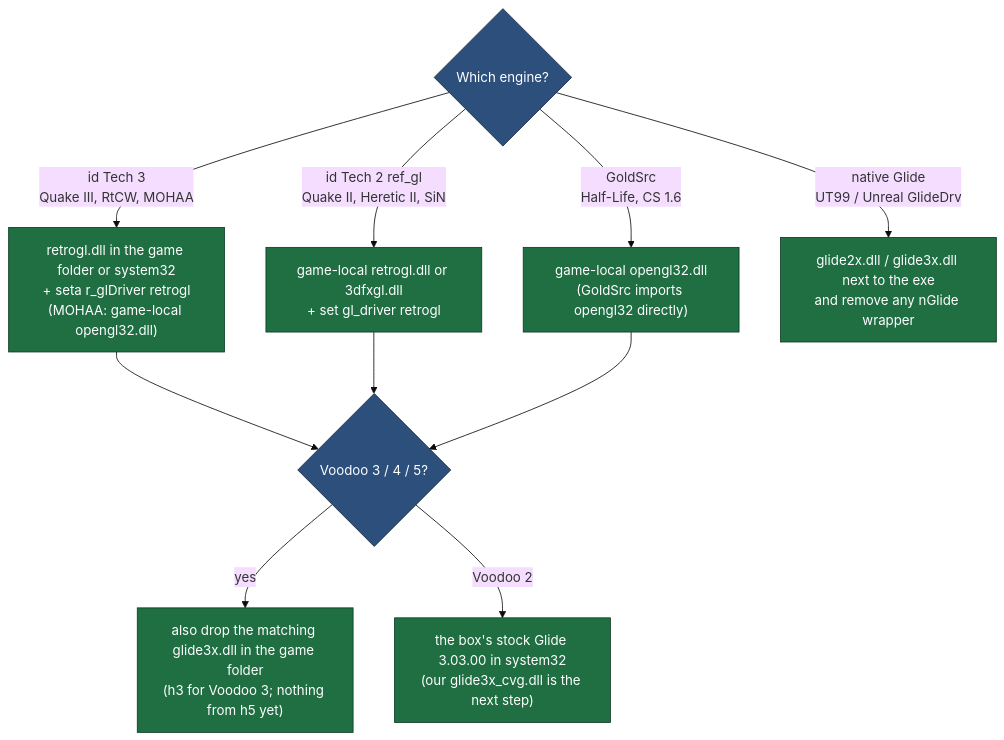
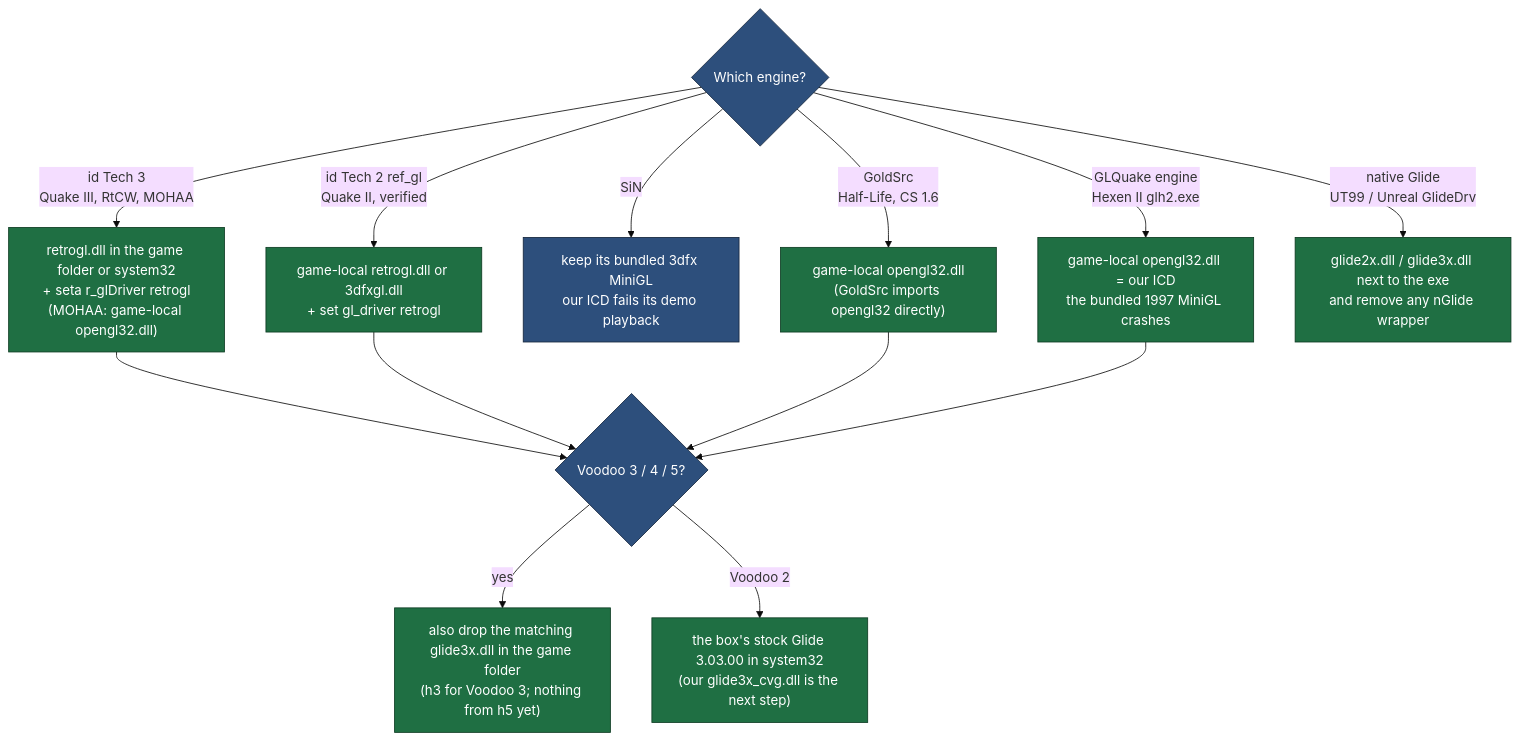
Before and after one commit to voidsstr/retro-agent: the seventh of 14 diagrams in voodoo-cleanroom/README.md, drawn with Mermaid (base theme). The commit also changed other lines of this file and 7 other files, not shown here.

````diff
--- a/voodoo-cleanroom/README.md
+++ b/voodoo-cleanroom/README.md
@@ -752,14 +826,16 @@
 ```mermaid
 flowchart TD
     classDef q fill:#2d4f7c,stroke:#16273e,color:#ffffff
     classDef a fill:#1f6f43,stroke:#0d3b22,color:#ffffff
 
     S{"Which engine?"}:::q
     S -->|"id Tech 3<br/>Quake III, RtCW, MOHAA"| T3["retrogl.dll in the game folder or system32<br/>+ seta r_glDriver retrogl<br/>(MOHAA: game-local opengl32.dll)"]:::a
-    S -->|"id Tech 2 ref_gl<br/>Quake II, Heretic II, SiN"| T2["game-local retrogl.dll or 3dfxgl.dll<br/>+ set gl_driver retrogl"]:::a
+    S -->|"id Tech 2 ref_gl<br/>Quake II, verified"| T2["game-local retrogl.dll or 3dfxgl.dll<br/>+ set gl_driver retrogl"]:::a
+    S -->|"SiN"| SIN["keep its bundled 3dfx MiniGL<br/>our ICD fails its demo playback"]:::q
+    S -->|"GLQuake engine<br/>Hexen II glh2.exe"| HX["game-local opengl32.dll = our ICD<br/>the bundled 1997 MiniGL crashes"]:::a
     S -->|"GoldSrc<br/>Half-Life, CS 1.6"| GS["game-local opengl32.dll<br/>(GoldSrc imports opengl32 directly)"]:::a
     S -->|"native Glide<br/>UT99 / Unreal GlideDrv"| GL["glide2x.dll / glide3x.dll next to the exe<br/>and remove any nGlide wrapper"]:::a
-    T3 & T2 & GS --> G{"Voodoo 3 / 4 / 5?"}:::q
+    T3 & T2 & GS & HX --> G{"Voodoo 3 / 4 / 5?"}:::q
     G -->|"yes"| GG["also drop the matching glide3x.dll in the game folder<br/>(h3 for Voodoo 3; nothing from h5 yet)"]:::a
     G -->|"Voodoo 2"| V2["the box's stock Glide 3.03.00 in system32<br/>(our glide3x_cvg.dll is the next step)"]:::a
 ```
````
